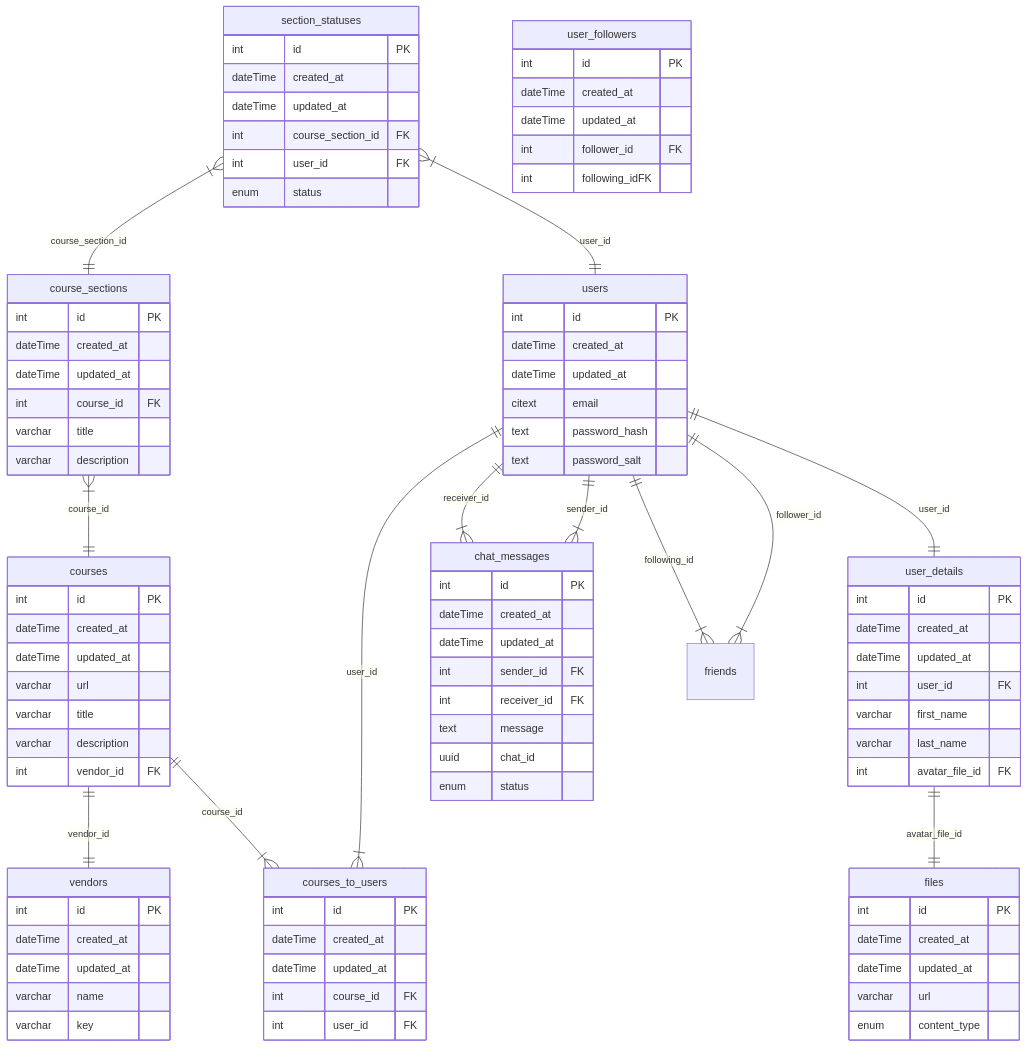
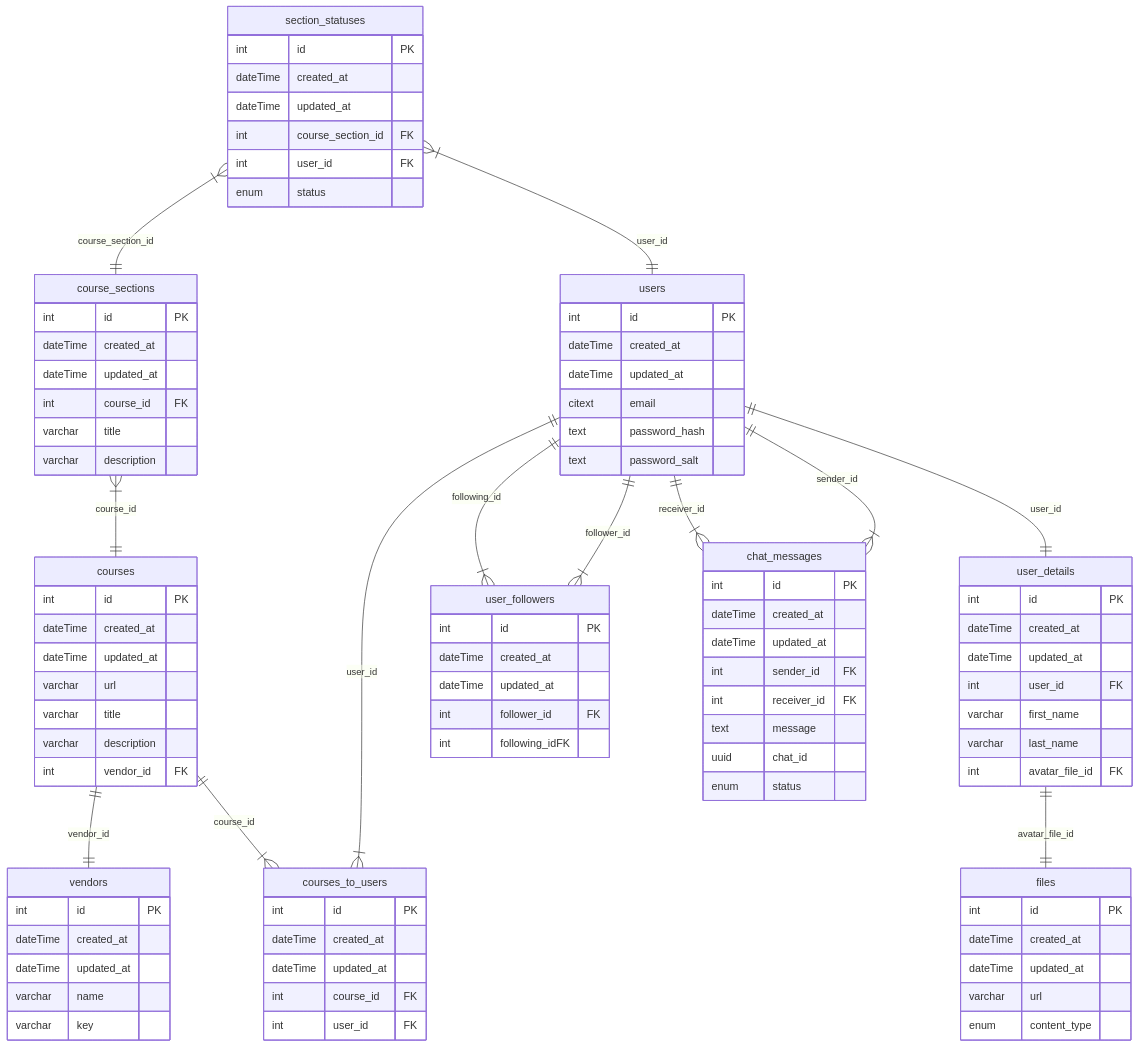
One commit to BinaryStudioAcademy/bsa-winter-2023-2024-trackmates changed the diagram in readme.md. Above: the diagram before and after it, drawn with Mermaid.

Commit message:
fix(shared): fix shema tm-39

```diff
--- a/readme.md
+++ b/readme.md
@@ -118,8 +118,8 @@
    users ||--|| user_details : user_id
    user_details ||--|| files : avatar_file_id
 
-   users ||--|{ friends : follower_id
-   users ||--|{ friends : following_id
+   users ||--|{ user_followers : follower_id
+   users ||--|{ user_followers : following_id
 
    users ||--|{ chat_messages : sender_id
    users ||--|{ chat_messages : receiver_id
```
